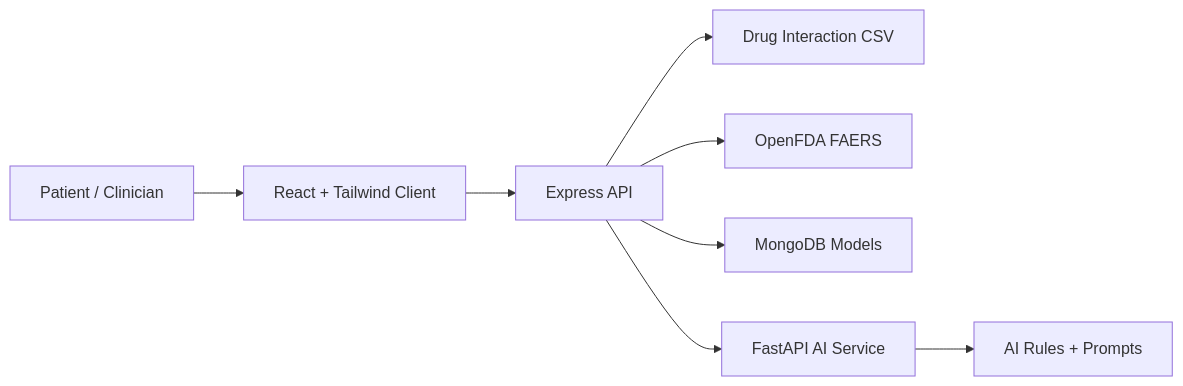
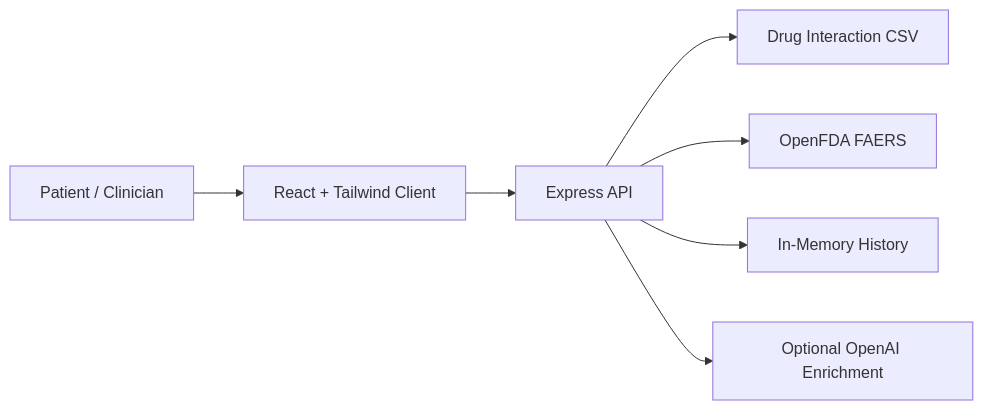
The diagram in docs/architecture-diagram.md (MayankSingh0928/cure-care), drawn with Mermaid before and after one commit. The commit also changed 32 other files, not shown here.

````diff
--- a/docs/architecture-diagram.md
+++ b/docs/architecture-diagram.md
@@ -3,10 +3,9 @@
 ```mermaid
 flowchart LR
   User["Patient / Clinician"] --> Client["React + Tailwind Client"]
   Client --> Server["Express API"]
   Server --> CSV["Drug Interaction CSV"]
   Server --> OpenFDA["OpenFDA FAERS"]
-  Server --> Mongo["MongoDB Models"]
-  Server --> AI["FastAPI AI Service"]
-  AI --> Rules["AI Rules + Prompts"]
+  Server --> Memory["In-Memory History"]
+  Server --> OpenAI["Optional OpenAI Enrichment"]
 ```
````
